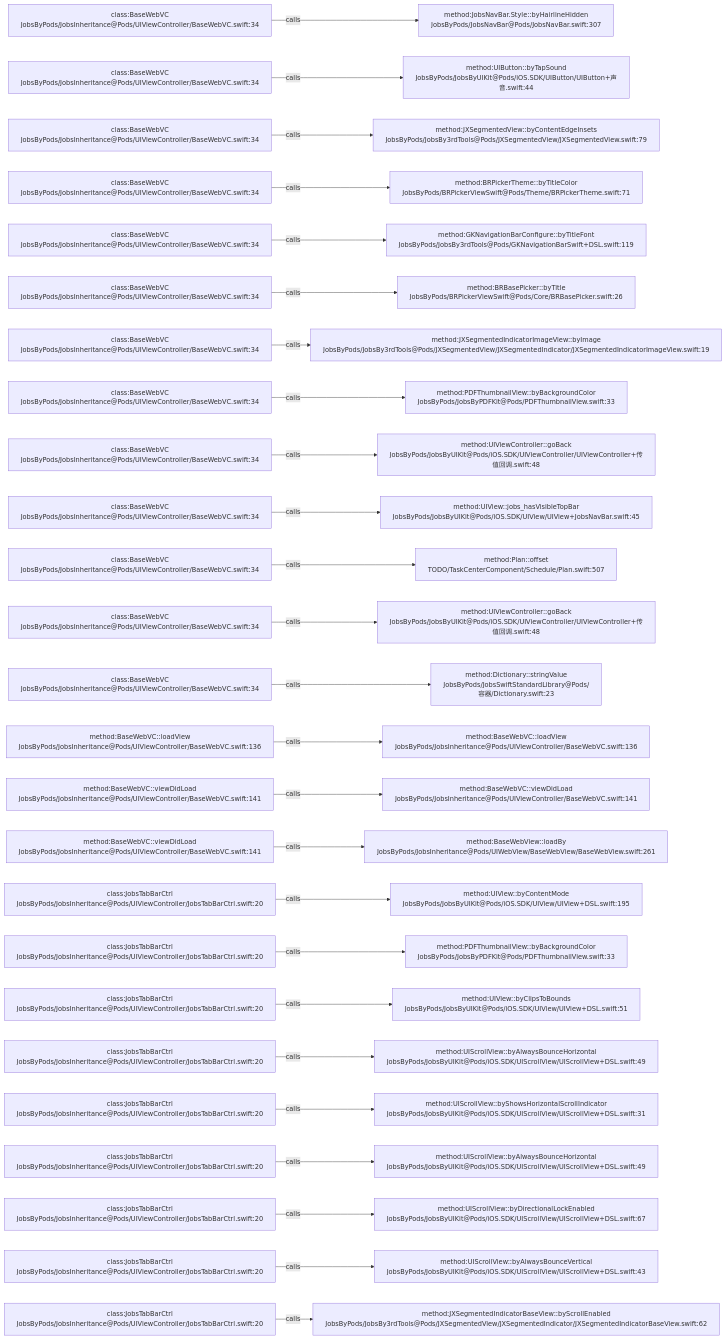
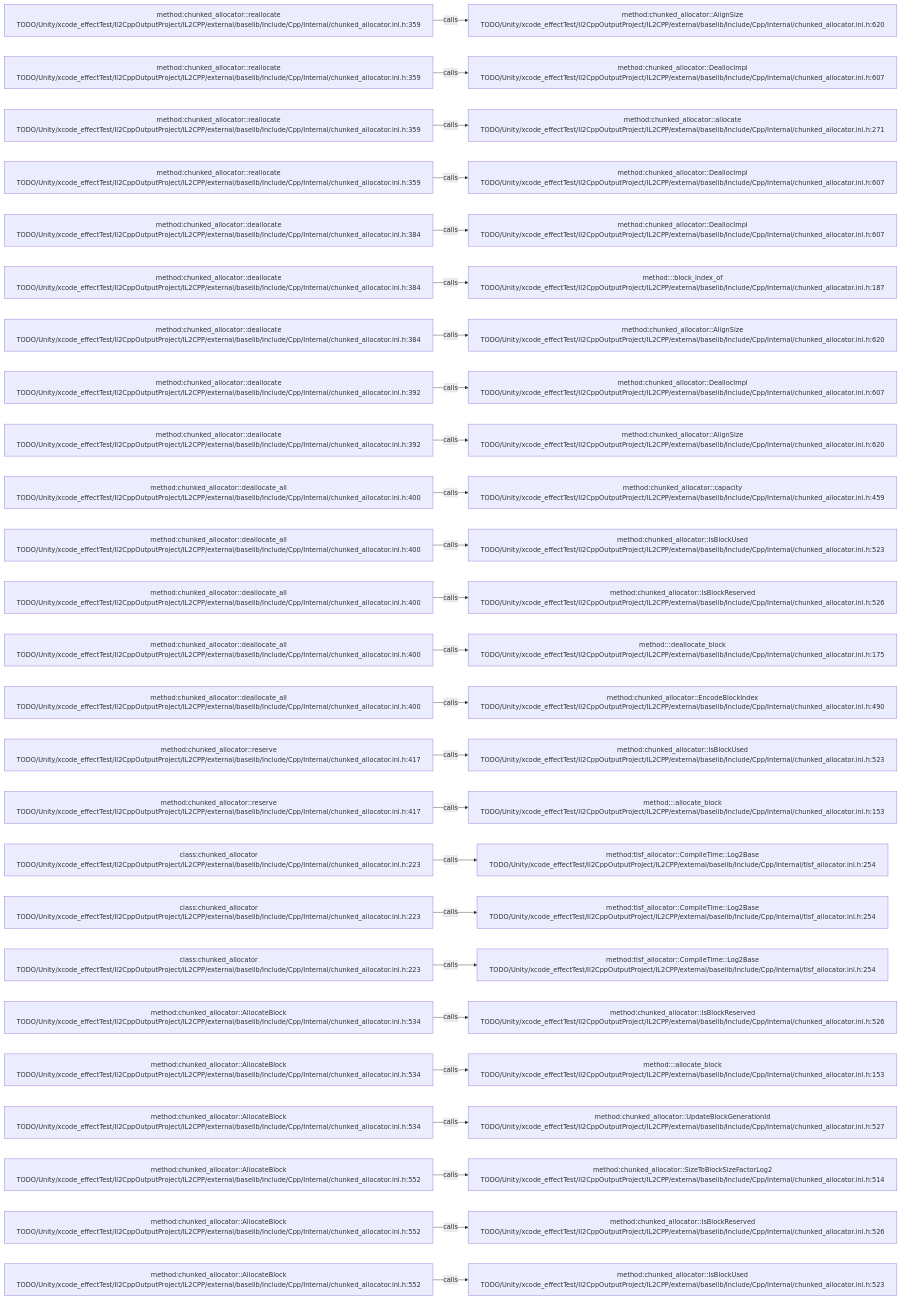
The diagram in .codegraph/codegraph.md/graphs/calls-131.md (JobsKits/JobsSwiftBaseConfigDemo), drawn with Mermaid before and after one commit. The commit also changed 569 other files, not shown here.

````diff
--- a/.codegraph/codegraph.md/graphs/calls-131.md
+++ b/.codegraph/codegraph.md/graphs/calls-131.md
@@ -13,78 +13,78 @@
 ```mermaid
 flowchart LR
-  S1["class:BaseWebVC<br/>JobsByPods/JobsInheritance@Pods/UIViewController/BaseWebVC.swift:34"]
-  T1["method:JobsNavBar.Style::byHairlineHidden<br/>JobsByPods/JobsNavBar@Pods/JobsNavBar.swift:307"]
+  S1["method:chunked_allocator::reallocate<br/>TODO/Unity/xcode_effectTest/Il2CppOutputProject/IL2CPP/external/baselib/Include/Cpp/Internal/chunked_allocator.inl.h:359"]
+  T1["method:chunked_allocator::AlignSize<br/>TODO/Unity/xcode_effectTest/Il2CppOutputProject/IL2CPP/external/baselib/Include/Cpp/Internal/chunked_allocator.inl.h:620"]
   S1 -->|calls| T1
-  S2["class:BaseWebVC<br/>JobsByPods/JobsInheritance@Pods/UIViewController/BaseWebVC.swift:34"]
-  T2["method:UIButton::byTapSound<br/>JobsByPods/JobsByUIKit@Pods/iOS.SDK/UIButton/UIButton+声音.swift:44"]
+  S2["method:chunked_allocator::reallocate<br/>TODO/Unity/xcode_effectTest/Il2CppOutputProject/IL2CPP/external/baselib/Include/Cpp/Internal/chunked_allocator.inl.h:359"]
+  T2["method:chunked_allocator::DeallocImpl<br/>TODO/Unity/xcode_effectTest/Il2CppOutputProject/IL2CPP/external/baselib/Include/Cpp/Internal/chunked_allocator.inl.h:607"]
   S2 -->|calls| T2
-  S3["class:BaseWebVC<br/>JobsByPods/JobsInheritance@Pods/UIViewController/BaseWebVC.swift:34"]
-  T3["method:JXSegmentedView::byContentEdgeInsets<br/>JobsByPods/JobsBy3rdTools@Pods/JXSegmentedView/JXSegmentedView.swift:79"]
+  S3["method:chunked_allocator::reallocate<br/>TODO/Unity/xcode_effectTest/Il2CppOutputProject/IL2CPP/external/baselib/Include/Cpp/Internal/chunked_allocator.inl.h:359"]
+  T3["method:chunked_allocator::allocate<br/>TODO/Unity/xcode_effectTest/Il2CppOutputProject/IL2CPP/external/baselib/Include/Cpp/Internal/chunked_allocator.inl.h:271"]
   S3 -->|calls| T3
-  S4["class:BaseWebVC<br/>JobsByPods/JobsInheritance@Pods/UIViewController/BaseWebVC.swift:34"]
-  T4["method:BRPickerTheme::byTitleColor<br/>JobsByPods/BRPickerViewSwift@Pods/Theme/BRPickerTheme.swift:71"]
+  S4["method:chunked_allocator::reallocate<br/>TODO/Unity/xcode_effectTest/Il2CppOutputProject/IL2CPP/external/baselib/Include/Cpp/Internal/chunked_allocator.inl.h:359"]
+  T4["method:chunked_allocator::DeallocImpl<br/>TODO/Unity/xcode_effectTest/Il2CppOutputProject/IL2CPP/external/baselib/Include/Cpp/Internal/chunked_allocator.inl.h:607"]
   S4 -->|calls| T4
-  S5["class:BaseWebVC<br/>JobsByPods/JobsInheritance@Pods/UIViewController/BaseWebVC.swift:34"]
-  T5["method:GKNavigationBarConfigure::byTitleFont<br/>JobsByPods/JobsBy3rdTools@Pods/GKNavigationBarSwift+DSL.swift:119"]
+  S5["method:chunked_allocator::deallocate<br/>TODO/Unity/xcode_effectTest/Il2CppOutputProject/IL2CPP/external/baselib/Include/Cpp/Internal/chunked_allocator.inl.h:384"]
+  T5["method:chunked_allocator::DeallocImpl<br/>TODO/Unity/xcode_effectTest/Il2CppOutputProject/IL2CPP/external/baselib/Include/Cpp/Internal/chunked_allocator.inl.h:607"]
   S5 -->|calls| T5
-  S6["class:BaseWebVC<br/>JobsByPods/JobsInheritance@Pods/UIViewController/BaseWebVC.swift:34"]
-  T6["method:BRBasePicker::byTitle<br/>JobsByPods/BRPickerViewSwift@Pods/Core/BRBasePicker.swift:26"]
+  S6["method:chunked_allocator::deallocate<br/>TODO/Unity/xcode_effectTest/Il2CppOutputProject/IL2CPP/external/baselib/Include/Cpp/Internal/chunked_allocator.inl.h:384"]
+  T6["method:<anonymous>::block_index_of<br/>TODO/Unity/xcode_effectTest/Il2CppOutputProject/IL2CPP/external/baselib/Include/Cpp/Internal/chunked_allocator.inl.h:187"]
   S6 -->|calls| T6
-  S7["class:BaseWebVC<br/>JobsByPods/JobsInheritance@Pods/UIViewController/BaseWebVC.swift:34"]
-  T7["method:JXSegmentedIndicatorImageView::byImage<br/>JobsByPods/JobsBy3rdTools@Pods/JXSegmentedView/JXSegmentedIndicator/JXSegmentedIndicatorImageView.swift:19"]
+  S7["method:chunked_allocator::deallocate<br/>TODO/Unity/xcode_effectTest/Il2CppOutputProject/IL2CPP/external/baselib/Include/Cpp/Internal/chunked_allocator.inl.h:384"]
+  T7["method:chunked_allocator::AlignSize<br/>TODO/Unity/xcode_effectTest/Il2CppOutputProject/IL2CPP/external/baselib/Include/Cpp/Internal/chunked_allocator.inl.h:620"]
   S7 -->|calls| T7
-  S8["class:BaseWebVC<br/>JobsByPods/JobsInheritance@Pods/UIViewController/BaseWebVC.swift:34"]
-  T8["method:PDFThumbnailView::byBackgroundColor<br/>JobsByPods/JobsByPDFKit@Pods/PDFThumbnailView.swift:33"]
+  S8["method:chunked_allocator::deallocate<br/>TODO/Unity/xcode_effectTest/Il2CppOutputProject/IL2CPP/external/baselib/Include/Cpp/Internal/chunked_allocator.inl.h:392"]
+  T8["method:chunked_allocator::DeallocImpl<br/>TODO/Unity/xcode_effectTest/Il2CppOutputProject/IL2CPP/external/baselib/Include/Cpp/Internal/chunked_allocator.inl.h:607"]
   S8 -->|calls| T8
-  S9["class:BaseWebVC<br/>JobsByPods/JobsInheritance@Pods/UIViewController/BaseWebVC.swift:34"]
-  T9["method:UIViewController::goBack<br/>JobsByPods/JobsByUIKit@Pods/iOS.SDK/UIViewController/UIViewController+传值回调.swift:48"]
+  S9["method:chunked_allocator::deallocate<br/>TODO/Unity/xcode_effectTest/Il2CppOutputProject/IL2CPP/external/baselib/Include/Cpp/Internal/chunked_allocator.inl.h:392"]
+  T9["method:chunked_allocator::AlignSize<br/>TODO/Unity/xcode_effectTest/Il2CppOutputProject/IL2CPP/external/baselib/Include/Cpp/Internal/chunked_allocator.inl.h:620"]
   S9 -->|calls| T9
-  S10["class:BaseWebVC<br/>JobsByPods/JobsInheritance@Pods/UIViewController/BaseWebVC.swift:34"]
-  T10["method:UIView::jobs_hasVisibleTopBar<br/>JobsByPods/JobsByUIKit@Pods/iOS.SDK/UIView/UIView+JobsNavBar.swift:45"]
+  S10["method:chunked_allocator::deallocate_all<br/>TODO/Unity/xcode_effectTest/Il2CppOutputProject/IL2CPP/external/baselib/Include/Cpp/Internal/chunked_allocator.inl.h:400"]
+  T10["method:chunked_allocator::capacity<br/>TODO/Unity/xcode_effectTest/Il2CppOutputProject/IL2CPP/external/baselib/Include/Cpp/Internal/chunked_allocator.inl.h:459"]
   S10 -->|calls| T10
-  S11["class:BaseWebVC<br/>JobsByPods/JobsInheritance@Pods/UIViewController/BaseWebVC.swift:34"]
-  T11["method:Plan::offset<br/>TODO/TaskCenterComponent/Schedule/Plan.swift:507"]
+  S11["method:chunked_allocator::deallocate_all<br/>TODO/Unity/xcode_effectTest/Il2CppOutputProject/IL2CPP/external/baselib/Include/Cpp/Internal/chunked_allocator.inl.h:400"]
+  T11["method:chunked_allocator::IsBlockUsed<br/>TODO/Unity/xcode_effectTest/Il2CppOutputProject/IL2CPP/external/baselib/Include/Cpp/Internal/chunked_allocator.inl.h:523"]
   S11 -->|calls| T11
-  S12["class:BaseWebVC<br/>JobsByPods/JobsInheritance@Pods/UIViewController/BaseWebVC.swift:34"]
-  T12["method:UIViewController::goBack<br/>JobsByPods/JobsByUIKit@Pods/iOS.SDK/UIViewController/UIViewController+传值回调.swift:48"]
+  S12["method:chunked_allocator::deallocate_all<br/>TODO/Unity/xcode_effectTest/Il2CppOutputProject/IL2CPP/external/baselib/Include/Cpp/Internal/chunked_allocator.inl.h:400"]
+  T12["method:chunked_allocator::IsBlockReserved<br/>TODO/Unity/xcode_effectTest/Il2CppOutputProject/IL2CPP/external/baselib/Include/Cpp/Internal/chunked_allocator.inl.h:526"]
   S12 -->|calls| T12
-  S13["class:BaseWebVC<br/>JobsByPods/JobsInheritance@Pods/UIViewController/BaseWebVC.swift:34"]
-  T13["method:Dictionary::stringValue<br/>JobsByPods/JobsSwiftStandardLibrary@Pods/容器/Dictionary.swift:23"]
+  S13["method:chunked_allocator::deallocate_all<br/>TODO/Unity/xcode_effectTest/Il2CppOutputProject/IL2CPP/external/baselib/Include/Cpp/Internal/chunked_allocator.inl.h:400"]
+  T13["method:<anonymous>::deallocate_block<br/>TODO/Unity/xcode_effectTest/Il2CppOutputProject/IL2CPP/external/baselib/Include/Cpp/Internal/chunked_allocator.inl.h:175"]
   S13 -->|calls| T13
-  S14["method:BaseWebVC::loadView<br/>JobsByPods/JobsInheritance@Pods/UIViewController/BaseWebVC.swift:136"]
-  T14["method:BaseWebVC::loadView<br/>JobsByPods/JobsInheritance@Pods/UIViewController/BaseWebVC.swift:136"]
+  S14["method:chunked_allocator::deallocate_all<br/>TODO/Unity/xcode_effectTest/Il2CppOutputProject/IL2CPP/external/baselib/Include/Cpp/Internal/chunked_allocator.inl.h:400"]
+  T14["method:chunked_allocator::EncodeBlockIndex<br/>TODO/Unity/xcode_effectTest/Il2CppOutputProject/IL2CPP/external/baselib/Include/Cpp/Internal/chunked_allocator.inl.h:490"]
   S14 -->|calls| T14
-  S15["method:BaseWebVC::viewDidLoad<br/>JobsByPods/JobsInheritance@Pods/UIViewController/BaseWebVC.swift:141"]
-  T15["method:BaseWebVC::viewDidLoad<br/>JobsByPods/JobsInheritance@Pods/UIViewController/BaseWebVC.swift:141"]
+  S15["method:chunked_allocator::reserve<br/>TODO/Unity/xcode_effectTest/Il2CppOutputProject/IL2CPP/external/baselib/Include/Cpp/Internal/chunked_allocator.inl.h:417"]
+  T15["method:chunked_allocator::IsBlockUsed<br/>TODO/Unity/xcode_effectTest/Il2CppOutputProject/IL2CPP/external/baselib/Include/Cpp/Internal/chunked_allocator.inl.h:523"]
   S15 -->|calls| T15
-  S16["method:BaseWebVC::viewDidLoad<br/>JobsByPods/JobsInheritance@Pods/UIViewController/BaseWebVC.swift:141"]
-  T16["method:BaseWebView::loadBy<br/>JobsByPods/JobsInheritance@Pods/UIWebView/BaseWebView/BaseWebView.swift:261"]
+  S16["method:chunked_allocator::reserve<br/>TODO/Unity/xcode_effectTest/Il2CppOutputProject/IL2CPP/external/baselib/Include/Cpp/Internal/chunked_allocator.inl.h:417"]
+  T16["method:<anonymous>::allocate_block<br/>TODO/Unity/xcode_effectTest/Il2CppOutputProject/IL2CPP/external/baselib/Include/Cpp/Internal/chunked_allocator.inl.h:153"]
   S16 -->|calls| T16
-  S17["class:JobsTabBarCtrl<br/>JobsByPods/JobsInheritance@Pods/UIViewController/JobsTabBarCtrl.swift:20"]
-  T17["method:UIView::byContentMode<br/>JobsByPods/JobsByUIKit@Pods/iOS.SDK/UIView/UIView+DSL.swift:195"]
+  S17["class:chunked_allocator<br/>TODO/Unity/xcode_effectTest/Il2CppOutputProject/IL2CPP/external/baselib/Include/Cpp/Internal/chunked_allocator.inl.h:223"]
+  T17["method:tlsf_allocator::CompileTime::Log2Base<br/>TODO/Unity/xcode_effectTest/Il2CppOutputProject/IL2CPP/external/baselib/Include/Cpp/Internal/tlsf_allocator.inl.h:254"]
   S17 -->|calls| T17
-  S18["class:JobsTabBarCtrl<br/>JobsByPods/JobsInheritance@Pods/UIViewController/JobsTabBarCtrl.swift:20"]
-  T18["method:PDFThumbnailView::byBackgroundColor<br/>JobsByPods/JobsByPDFKit@Pods/PDFThumbnailView.swift:33"]
+  S18["class:chunked_allocator<br/>TODO/Unity/xcode_effectTest/Il2CppOutputProject/IL2CPP/external/baselib/Include/Cpp/Internal/chunked_allocator.inl.h:223"]
+  T18["method:tlsf_allocator::CompileTime::Log2Base<br/>TODO/Unity/xcode_effectTest/Il2CppOutputProject/IL2CPP/external/baselib/Include/Cpp/Internal/tlsf_allocator.inl.h:254"]
   S18 -->|calls| T18
-  S19["class:JobsTabBarCtrl<br/>JobsByPods/JobsInheritance@Pods/UIViewController/JobsTabBarCtrl.swift:20"]
-  T19["method:UIView::byClipsToBounds<br/>JobsByPods/JobsByUIKit@Pods/iOS.SDK/UIView/UIView+DSL.swift:51"]
+  S19["class:chunked_allocator<br/>TODO/Unity/xcode_effectTest/Il2CppOutputProject/IL2CPP/external/baselib/Include/Cpp/Internal/chunked_allocator.inl.h:223"]
+  T19["method:tlsf_allocator::CompileTime::Log2Base<br/>TODO/Unity/xcode_effectTest/Il2CppOutputProject/IL2CPP/external/baselib/Include/Cpp/Internal/tlsf_allocator.inl.h:254"]
   S19 -->|calls| T19
-  S20["class:JobsTabBarCtrl<br/>JobsByPods/JobsInheritance@Pods/UIViewController/JobsTabBarCtrl.swift:20"]
-  T20["method:UIScrollView::byAlwaysBounceHorizontal<br/>JobsByPods/JobsByUIKit@Pods/iOS.SDK/UIScrollView/UIScrollView+DSL.swift:49"]
+  S20["method:chunked_allocator::AllocateBlock<br/>TODO/Unity/xcode_effectTest/Il2CppOutputProject/IL2CPP/external/baselib/Include/Cpp/Internal/chunked_allocator.inl.h:534"]
+  T20["method:chunked_allocator::IsBlockReserved<br/>TODO/Unity/xcode_effectTest/Il2CppOutputProject/IL2CPP/external/baselib/Include/Cpp/Internal/chunked_allocator.inl.h:526"]
   S20 -->|calls| T20
-  S21["class:JobsTabBarCtrl<br/>JobsByPods/JobsInheritance@Pods/UIViewController/JobsTabBarCtrl.swift:20"]
-  T21["method:UIScrollView::byShowsHorizontalScrollIndicator<br/>JobsByPods/JobsByUIKit@Pods/iOS.SDK/UIScrollView/UIScrollView+DSL.swift:31"]
+  S21["method:chunked_allocator::AllocateBlock<br/>TODO/Unity/xcode_effectTest/Il2CppOutputProject/IL2CPP/external/baselib/Include/Cpp/Internal/chunked_allocator.inl.h:534"]
+  T21["method:<anonymous>::allocate_block<br/>TODO/Unity/xcode_effectTest/Il2CppOutputProject/IL2CPP/external/baselib/Include/Cpp/Internal/chunked_allocator.inl.h:153"]
   S21 -->|calls| T21
-  S22["class:JobsTabBarCtrl<br/>JobsByPods/JobsInheritance@Pods/UIViewController/JobsTabBarCtrl.swift:20"]
-  T22["method:UIScrollView::byAlwaysBounceHorizontal<br/>JobsByPods/JobsByUIKit@Pods/iOS.SDK/UIScrollView/UIScrollView+DSL.swift:49"]
+  S22["method:chunked_allocator::AllocateBlock<br/>TODO/Unity/xcode_effectTest/Il2CppOutputProject/IL2CPP/external/baselib/Include/Cpp/Internal/chunked_allocator.inl.h:534"]
+  T22["method:chunked_allocator::UpdateBlockGenerationId<br/>TODO/Unity/xcode_effectTest/Il2CppOutputProject/IL2CPP/external/baselib/Include/Cpp/Internal/chunked_allocator.inl.h:527"]
   S22 -->|calls| T22
-  S23["class:JobsTabBarCtrl<br/>JobsByPods/JobsInheritance@Pods/UIViewController/JobsTabBarCtrl.swift:20"]
-  T23["method:UIScrollView::byDirectionalLockEnabled<br/>JobsByPods/JobsByUIKit@Pods/iOS.SDK/UIScrollView/UIScrollView+DSL.swift:67"]
+  S23["method:chunked_allocator::AllocateBlock<br/>TODO/Unity/xcode_effectTest/Il2CppOutputProject/IL2CPP/external/baselib/Include/Cpp/Internal/chunked_allocator.inl.h:552"]
+  T23["method:chunked_allocator::SizeToBlockSizeFactorLog2<br/>TODO/Unity/xcode_effectTest/Il2CppOutputProject/IL2CPP/external/baselib/Include/Cpp/Internal/chunked_allocator.inl.h:514"]
   S23 -->|calls| T23
-  S24["class:JobsTabBarCtrl<br/>JobsByPods/JobsInheritance@Pods/UIViewController/JobsTabBarCtrl.swift:20"]
-  T24["method:UIScrollView::byAlwaysBounceVertical<br/>JobsByPods/JobsByUIKit@Pods/iOS.SDK/UIScrollView/UIScrollView+DSL.swift:43"]
+  S24["method:chunked_allocator::AllocateBlock<br/>TODO/Unity/xcode_effectTest/Il2CppOutputProject/IL2CPP/external/baselib/Include/Cpp/Internal/chunked_allocator.inl.h:552"]
+  T24["method:chunked_allocator::IsBlockReserved<br/>TODO/Unity/xcode_effectTest/Il2CppOutputProject/IL2CPP/external/baselib/Include/Cpp/Internal/chunked_allocator.inl.h:526"]
   S24 -->|calls| T24
-  S25["class:JobsTabBarCtrl<br/>JobsByPods/JobsInheritance@Pods/UIViewController/JobsTabBarCtrl.swift:20"]
-  T25["method:JXSegmentedIndicatorBaseView::byScrollEnabled<br/>JobsByPods/JobsBy3rdTools@Pods/JXSegmentedView/JXSegmentedIndicator/JXSegmentedIndicatorBaseView.swift:62"]
+  S25["method:chunked_allocator::AllocateBlock<br/>TODO/Unity/xcode_effectTest/Il2CppOutputProject/IL2CPP/external/baselib/Include/Cpp/Internal/chunked_allocator.inl.h:552"]
+  T25["method:chunked_allocator::IsBlockUsed<br/>TODO/Unity/xcode_effectTest/Il2CppOutputProject/IL2CPP/external/baselib/Include/Cpp/Internal/chunked_allocator.inl.h:523"]
   S25 -->|calls| T25
 ```
````
